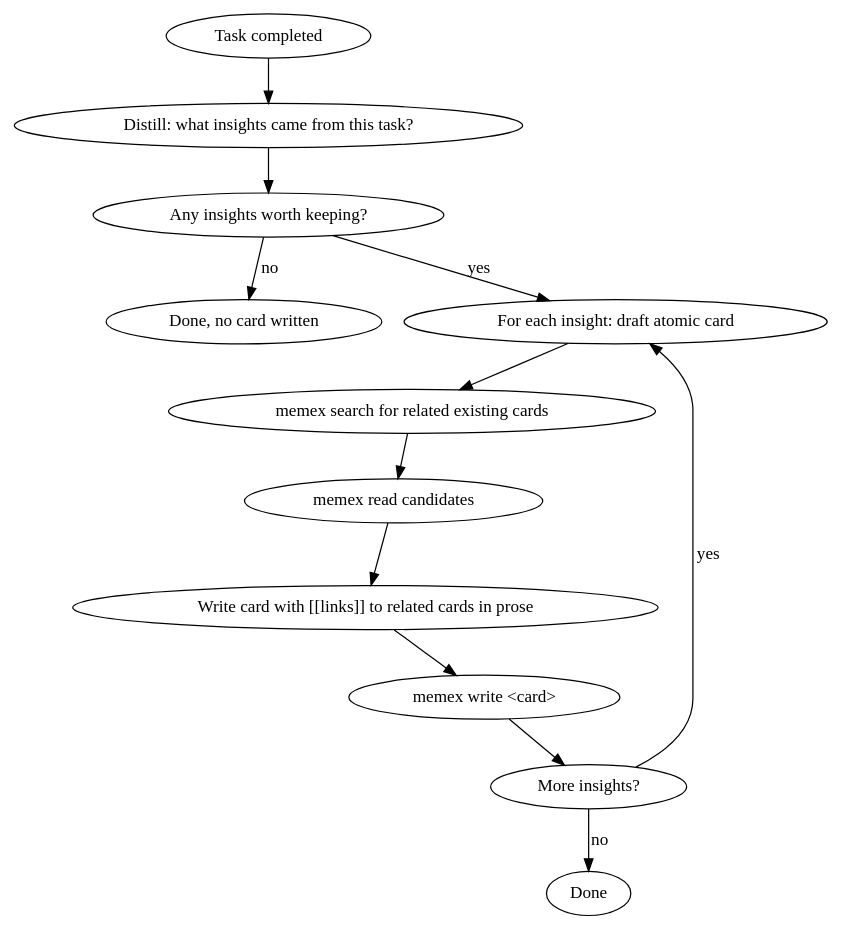
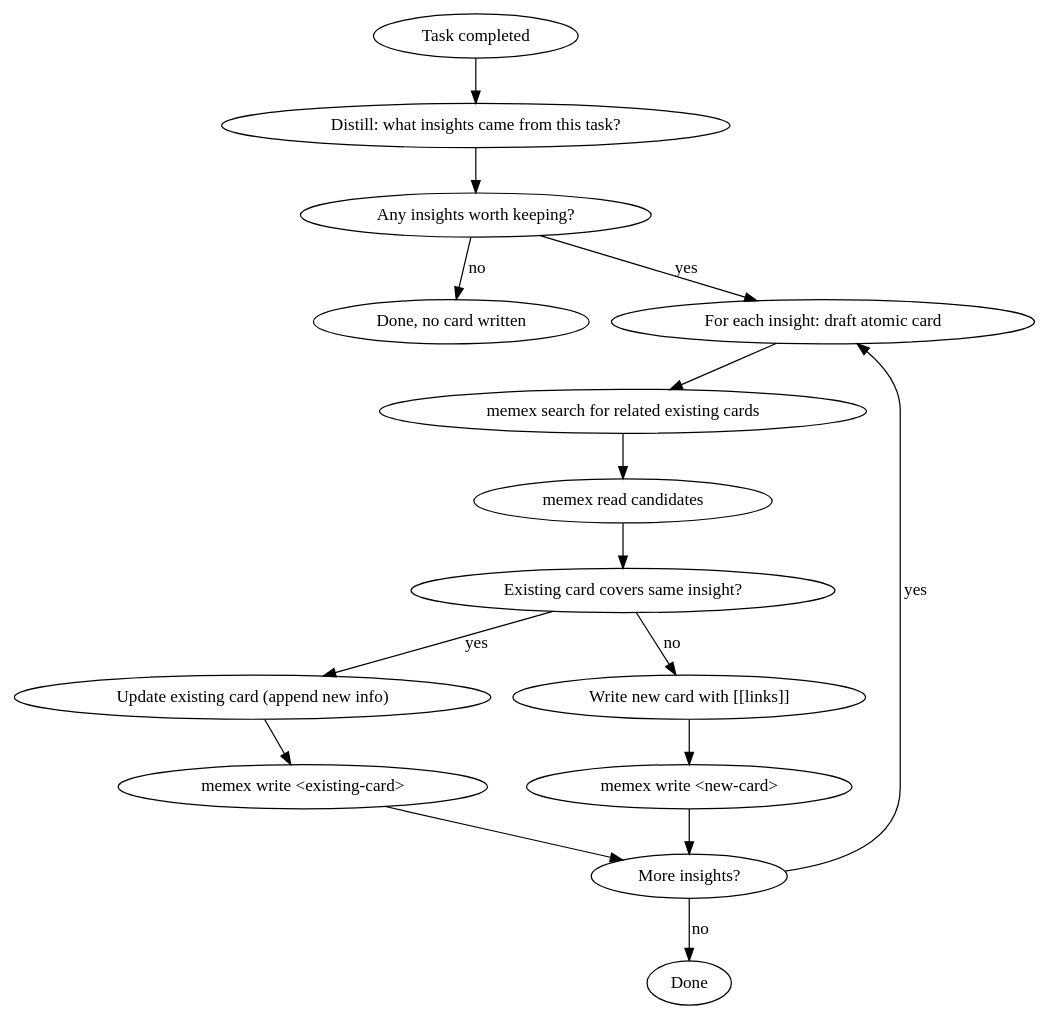
Before and after one commit to iamtouchskyer/memex-cli: the second of 3 diagrams in docs/superpowers/specs/2026-03-18-memex-cli-design.md, drawn with Graphviz. The commit also changed other lines of this file, not shown here.

First line of the commit message:
Address expert review: guardrails, dedup, links/archive commands

````diff
--- a/docs/superpowers/specs/2026-03-18-memex-cli-design.md
+++ b/docs/superpowers/specs/2026-03-18-memex-cli-design.md
@@ -176,15 +216,19 @@
 ```dot
 digraph retro {
     "Task completed" -> "Distill: what insights came from this task?";
     "Distill: what insights came from this task?" -> "Any insights worth keeping?" [shape=diamond];
     "Any insights worth keeping?" -> "Done, no card written" [label="no"];
     "Any insights worth keeping?" -> "For each insight: draft atomic card" [label="yes"];
     "For each insight: draft atomic card" -> "memex search for related existing cards";
     "memex search for related existing cards" -> "memex read candidates";
-    "memex read candidates" -> "Write card with [[links]] to related cards in prose";
-    "Write card with [[links]] to related cards in prose" -> "memex write <card>";
-    "memex write <card>" -> "More insights?" [shape=diamond];
+    "memex read candidates" -> "Existing card covers same insight?" [shape=diamond];
+    "Existing card covers same insight?" -> "Update existing card (append new info)" [label="yes"];
+    "Existing card covers same insight?" -> "Write new card with [[links]]" [label="no"];
+    "Update existing card (append new info)" -> "memex write <existing-card>";
+    "Write new card with [[links]]" -> "memex write <new-card>";
+    "memex write <existing-card>" -> "More insights?" [shape=diamond];
+    "memex write <new-card>" -> "More insights?" [shape=diamond];
     "More insights?" -> "For each insight: draft atomic card" [label="yes"];
     "More insights?" -> "Done" [label="no"];
 }
 ```
````
